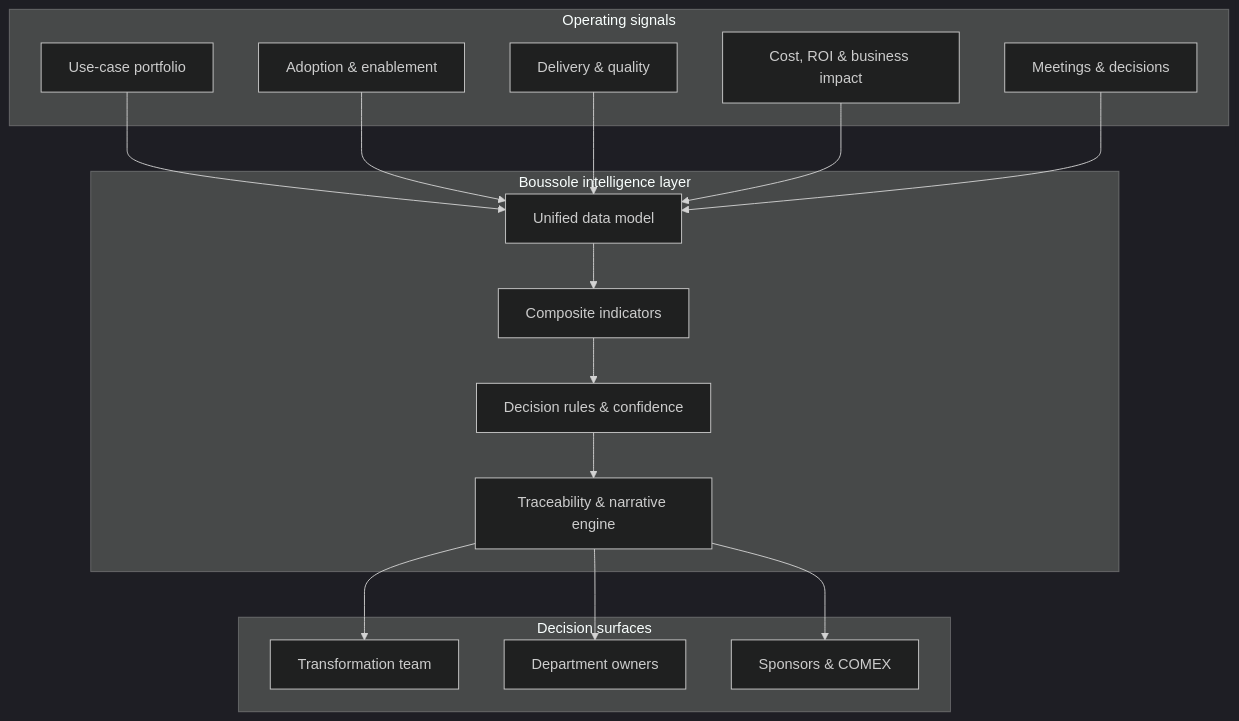
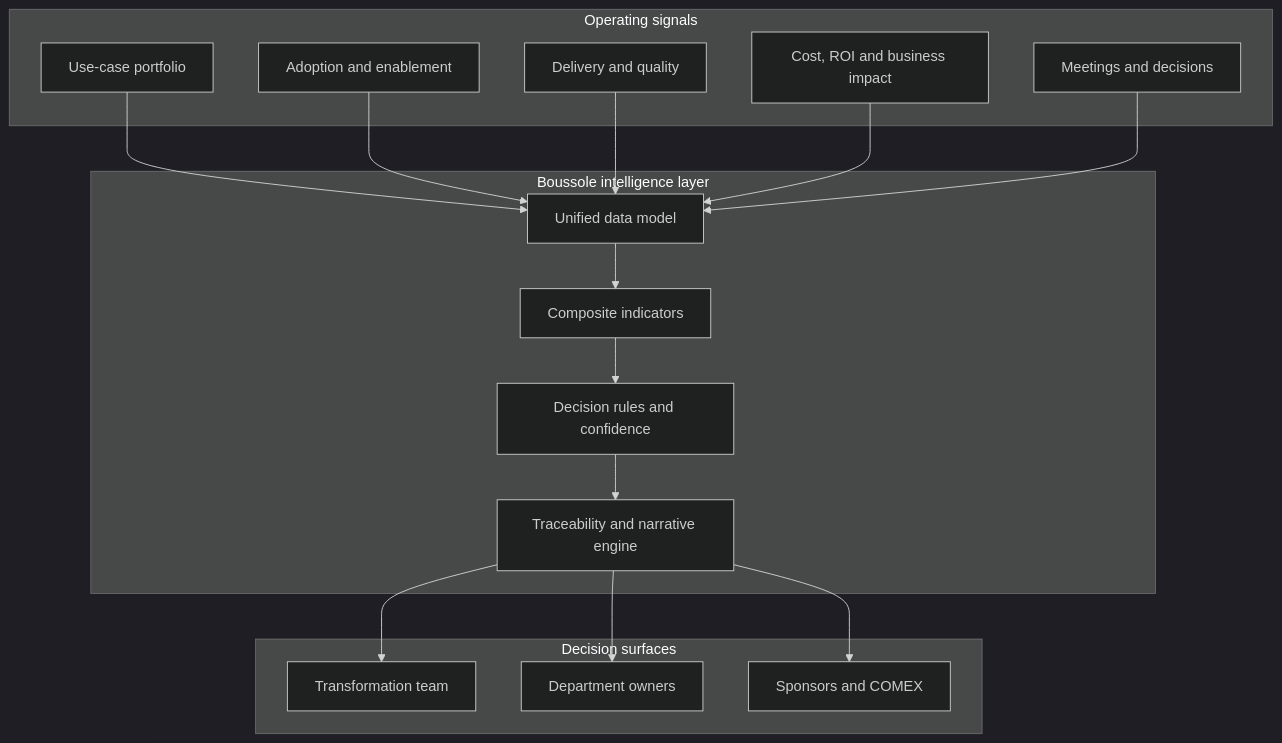
One commit to abbas-mistrah/boussole changed the second of 2 diagrams in README.md. Above: the diagram before and after it, drawn with Mermaid (dark theme).

Commit message:
docs: fix architecture diagram rendering

````diff
--- a/README.md
+++ b/README.md
@@ -126,33 +126,33 @@
 ```mermaid
 flowchart TB
-    subgraph Inputs[Operating signals]
-      A[Use-case portfolio]
-      B[Adoption & enablement]
-      C[Delivery & quality]
-      D[Cost, ROI & business impact]
-      E[Meetings & decisions]
+    subgraph Inputs["Operating signals"]
+      A["Use-case portfolio"]
+      B["Adoption and enablement"]
+      C["Delivery and quality"]
+      D["Cost, ROI and business impact"]
+      E["Meetings and decisions"]
     end
 
-    subgraph Core[Boussole intelligence layer]
-      F[Unified data model]
-      G[Composite indicators]
-      H[Decision rules & confidence]
-      I[Traceability & narrative engine]
+    subgraph Core["Boussole intelligence layer"]
+      F["Unified data model"]
+      G["Composite indicators"]
+      H["Decision rules and confidence"]
+      I["Traceability and narrative engine"]
     end
 
-    subgraph Outputs[Decision surfaces]
-      J[Transformation team]
-      K[Department owners]
-      L[Sponsors & COMEX]
+    subgraph Outputs["Decision surfaces"]
+      J["Transformation team"]
+      K["Department owners"]
+      L["Sponsors and COMEX"]
     end
 
     A --> F
     B --> F
     C --> F
     D --> F
     E --> F
     F --> G --> H --> I
     I --> J
     I --> K
     I --> L
 ```
````
